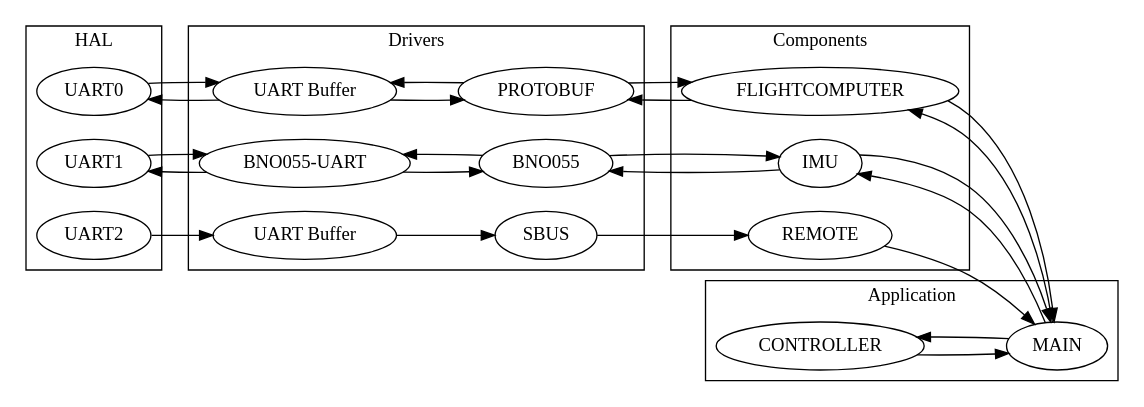
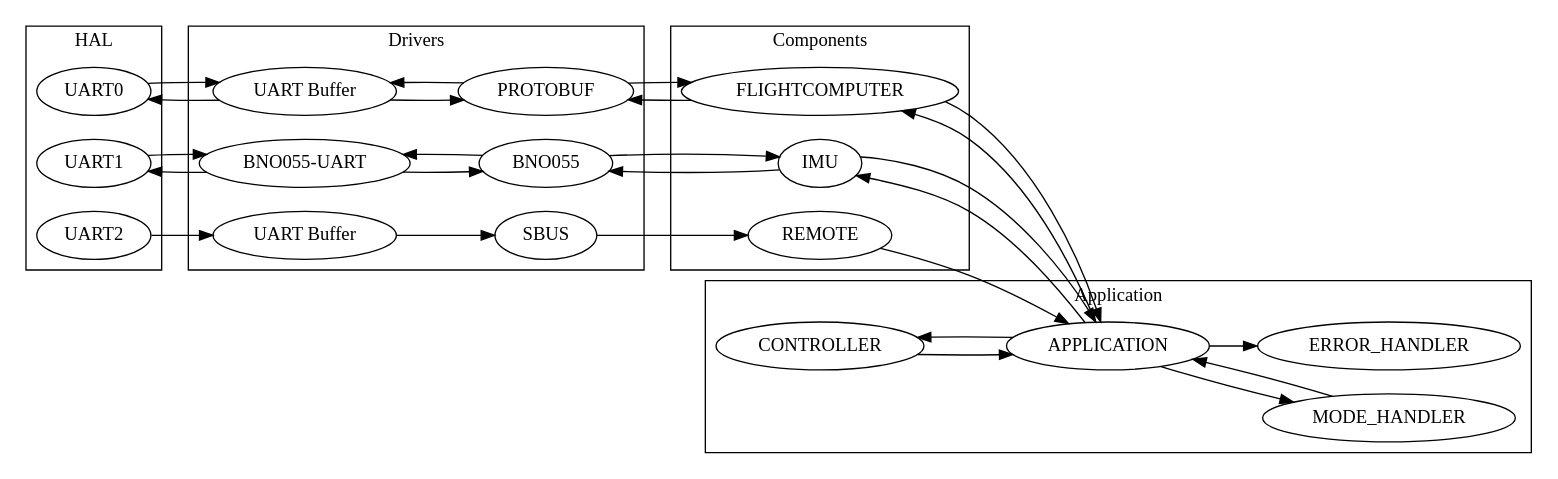
The diagram in chapters/02_requirements/fcs.dot (ToolboxPlane/Design), drawn with Graphviz before and after one commit. The commit also changed 5 other files, not shown here.

```diff
--- a/chapters/02_requirements/fcs.dot
+++ b/chapters/02_requirements/fcs.dot
@@ -1,64 +1,70 @@
 digraph {
     rankdir = "LR";
 
     subgraph clusterHAL {
         label="HAL"
         UART0;
         UART1;
         UART2;
     }
 
     subgraph clusterDrivers {
         label="Drivers"
         BNO055UART [label = "BNO055-UART";];
         BNO055;
         UART_RX_BUFFER0 [label="UART Buffer"]
         UART_RX_BUFFER2 [label="UART Buffer"]
 
         BNO055 ->BNO055UART;
         BNO055UART -> BNO055;
         
         UART_RX_BUFFER2 -> SBUS;
         UART_RX_BUFFER0 -> PROTOBUF;
         PROTOBUF -> UART_RX_BUFFER0;
     }
 
     subgraph clusterComponents {
         label="Components"
         IMU;    
         REMOTE;
         FLIGHTCOMPUTER;
     }
 
     subgraph clusterApplication {
         label="Application"
         CONTROLLER;
-        MAIN;
+        APPLICATION;
+        MODE_HANDLER;
+        ERROR_HANDLER;
     }
 
     UART1 -> BNO055UART;
     BNO055UART -> UART1;
 
     UART2 -> UART_RX_BUFFER2;
 
     UART0 -> UART_RX_BUFFER0;
     UART_RX_BUFFER0 -> UART0;
 
     BNO055 -> IMU;
     IMU -> BNO055;
 
     SBUS -> REMOTE;
     PROTOBUF -> FLIGHTCOMPUTER;
     FLIGHTCOMPUTER -> PROTOBUF;
 
-    IMU -> MAIN;
-    MAIN -> IMU;
+    IMU -> APPLICATION;
+    APPLICATION -> IMU;
 
-    REMOTE -> MAIN;
+    REMOTE -> APPLICATION;
 
-    FLIGHTCOMPUTER -> MAIN;
-    MAIN -> FLIGHTCOMPUTER;
+    FLIGHTCOMPUTER -> APPLICATION;
+    APPLICATION -> FLIGHTCOMPUTER;
 
-    MAIN -> CONTROLLER;
-    CONTROLLER -> MAIN;
+    APPLICATION -> CONTROLLER;
+    CONTROLLER -> APPLICATION;
+
+    APPLICATION -> MODE_HANDLER;
+    MODE_HANDLER -> APPLICATION;
+    APPLICATION -> ERROR_HANDLER;
 }
```
